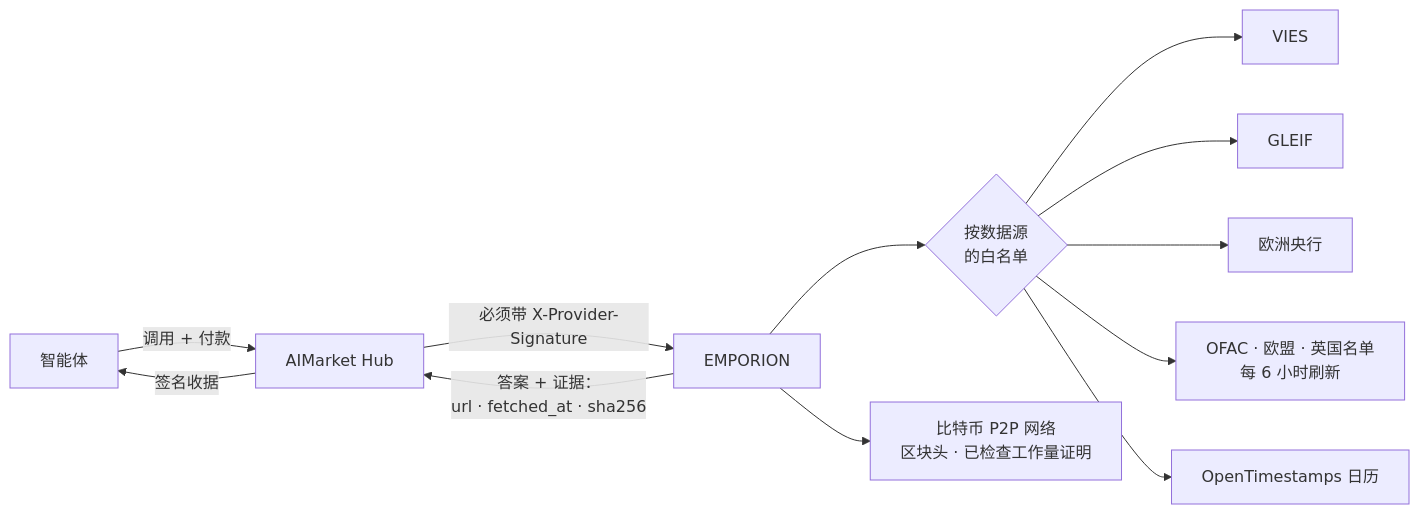
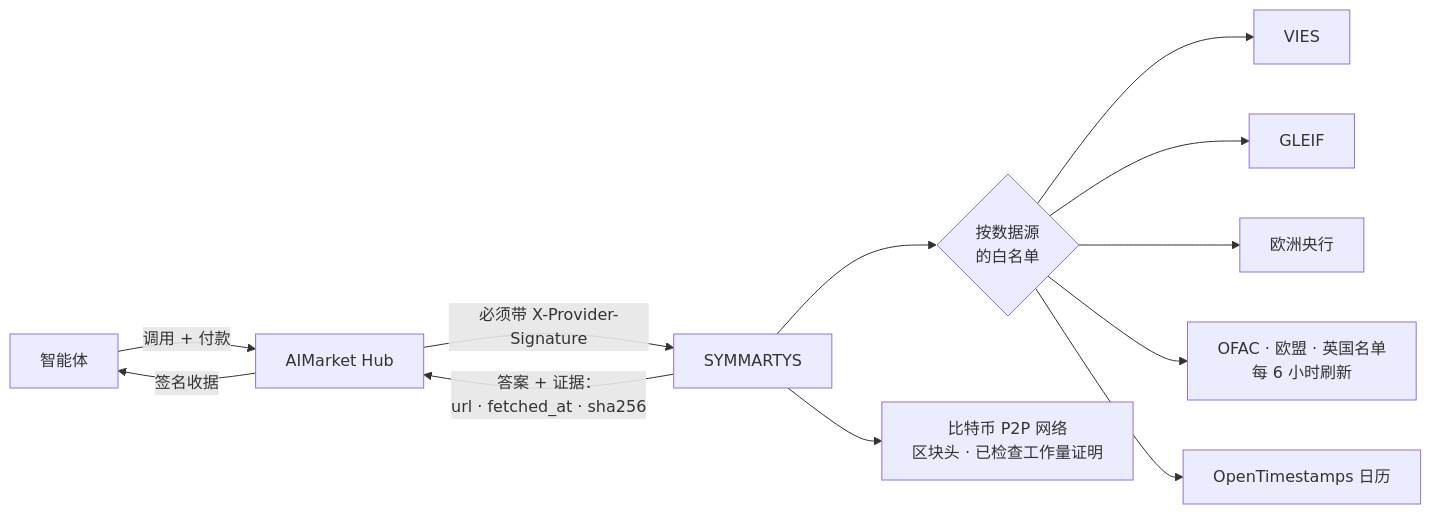
One commit to alexar76/emporion changed the first of 3 diagrams in README.zh.md. Above: the diagram before and after it, drawn with Mermaid. The commit also changed other lines of this file and 65 other files, not shown here.

````diff
--- a/README.zh.md
+++ b/README.zh.md
@@ -53,14 +40,14 @@
 ```mermaid
 flowchart LR
     A[智能体] -->|调用 + 付款| H[AIMarket Hub]
-    H -->|必须带 X-Provider-Signature| E[EMPORION]
+    H -->|必须带 X-Provider-Signature| E[SYMMARTYS]
     E --> N{按数据源<br/>的白名单}
     N --> V[VIES]
     N --> G[GLEIF]
     N --> C[欧洲央行]
     N --> S[OFAC · 欧盟 · 英国名单<br/>每 6 小时刷新]
     N --> O[OpenTimestamps 日历]
     E --> X[比特币 P2P 网络<br/>区块头 · 已检查工作量证明]
     E -->|答案 + 证据：<br/>url · fetched_at · sha256| H
     H -->|签名收据| A
 ```
````
